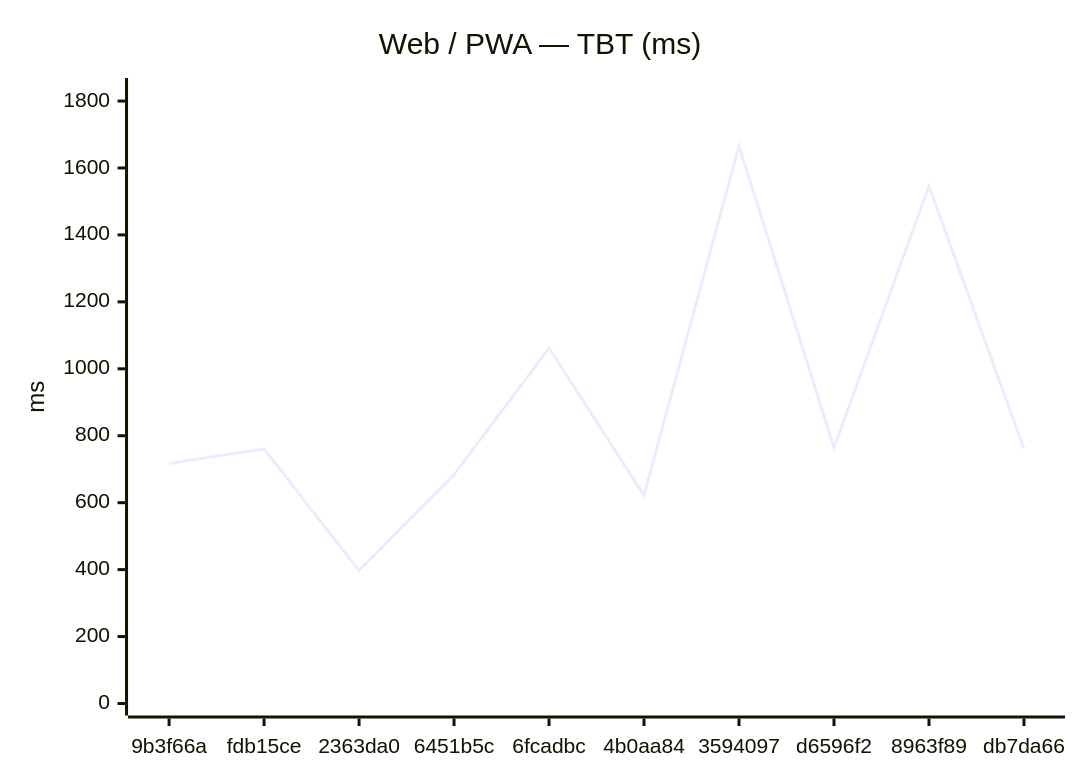
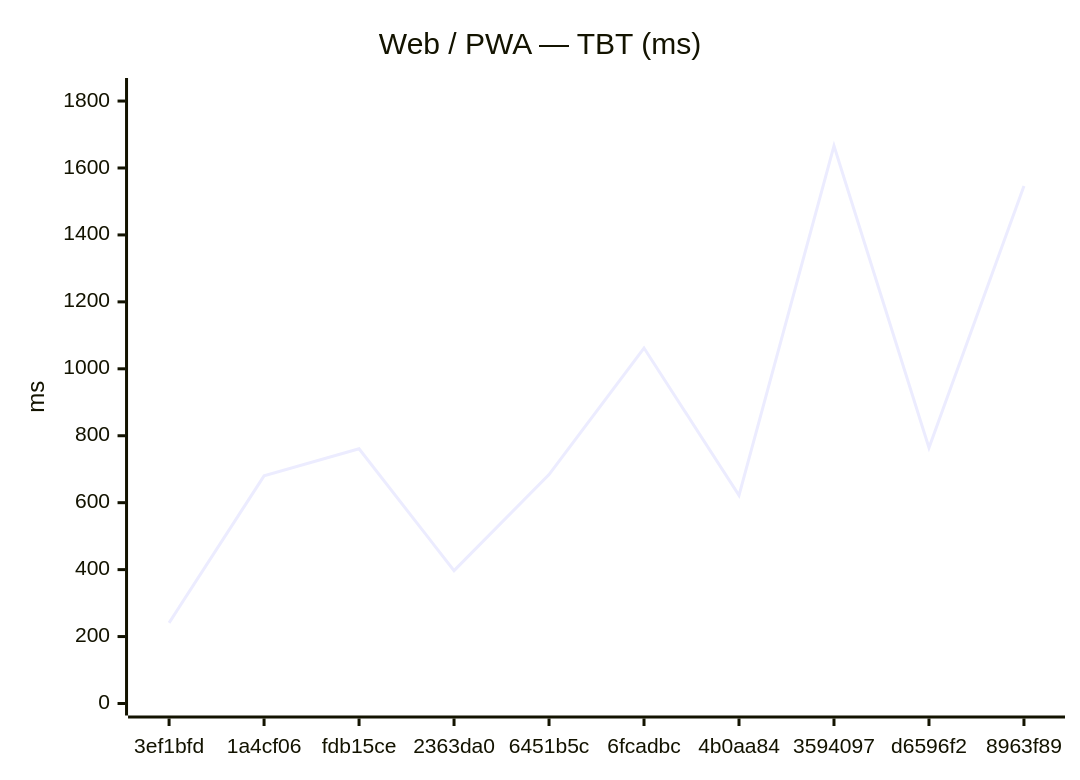
The second of 12 diagrams in benchmarks/compare.md (Metaheurist/Rianell), drawn with Mermaid before and after one commit. The commit also changed other lines of this file and 8 other files, not shown here.

````diff
--- a/benchmarks/compare.md
+++ b/benchmarks/compare.md
@@ -31,7 +31,7 @@
 ```mermaid
 xychart-beta
     title "Web / PWA — TBT (ms)"
-    x-axis ["9b3f66a", "fdb15ce", "2363da0", "6451b5c", "6fcadbc", "4b0aa84", "3594097", "d6596f2", "8963f89", "db7da66"]
+    x-axis ["3ef1bfd", "1a4cf06", "fdb15ce", "2363da0", "6451b5c", "6fcadbc", "4b0aa84", "3594097", "d6596f2", "8963f89"]
     y-axis "ms" 0 --> 1833
-    line [717, 761, 397, 684, 1062, 622, 1666, 764, 1546, 761]
+    line [241, 680, 761, 397, 684, 1062, 622, 1666, 764, 1546]
 ```
````
